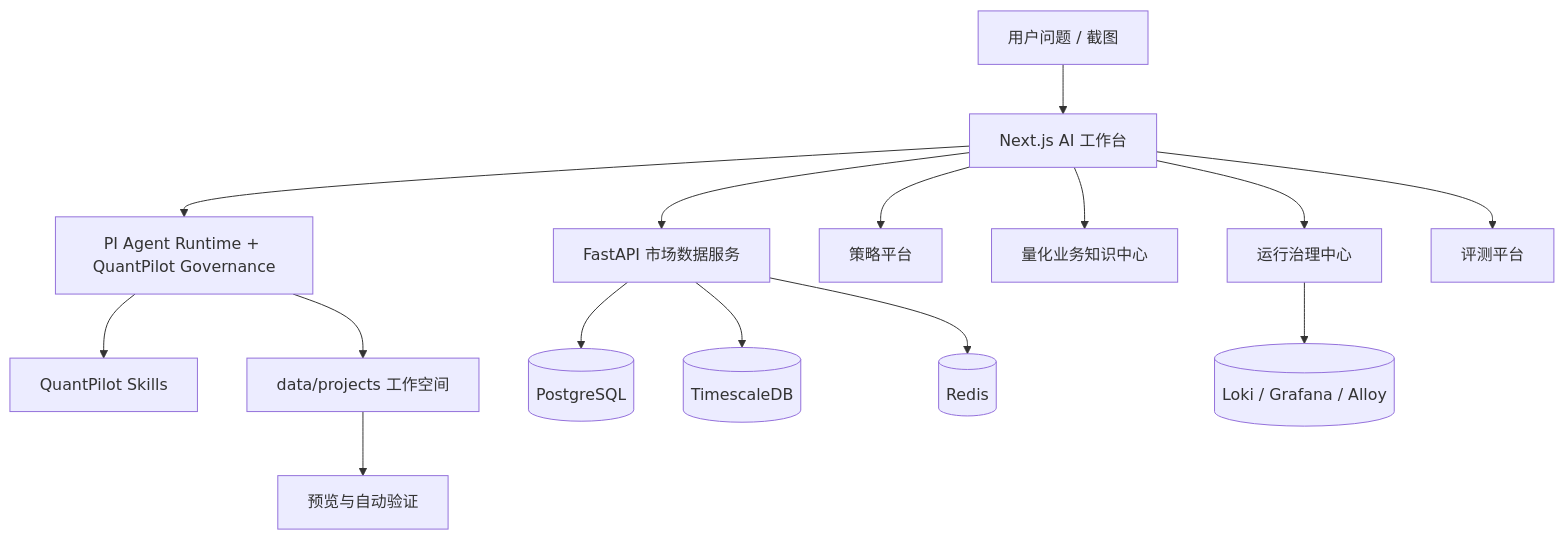
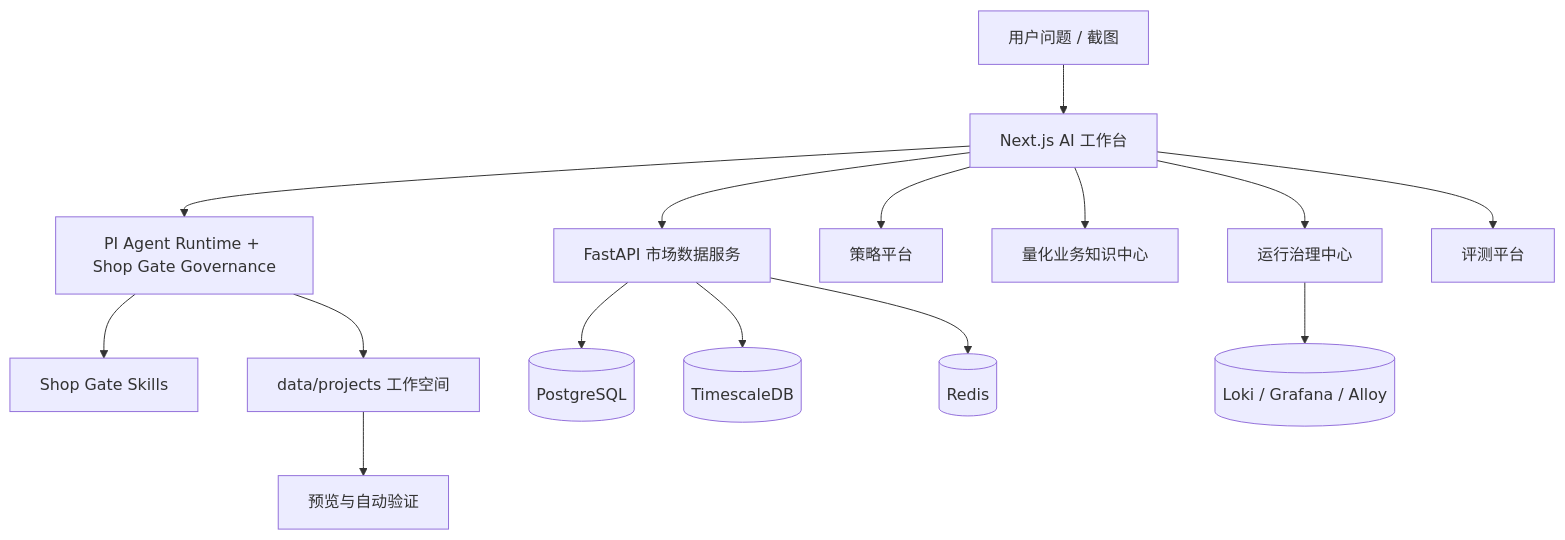
Before and after one commit to betterkite/shop-gate: the diagram in docs/README.md, drawn with Mermaid. The commit also changed other lines of this file and 448 other files, not shown here.

````diff
--- a/docs/README.md
+++ b/docs/README.md
@@ -95,17 +95,17 @@
 ```mermaid
 flowchart TB
   U[用户问题 / 截图] --> W[Next.js AI 工作台]
-  W --> R[PI Agent Runtime + QuantPilot Governance]
-  R --> SK[QuantPilot Skills]
+  W --> R[PI Agent Runtime + Shop Gate Governance]
+  R --> SK[Shop Gate Skills]
   W --> MD[FastAPI 市场数据服务]
   MD --> PG[(PostgreSQL)]
   MD --> TS[(TimescaleDB)]
   MD --> RD[(Redis)]
   OP --> LK[(Loki / Grafana / Alloy)]
   R --> WS[data/projects 工作空间]
   WS --> V[预览与自动验证]
   W --> SP[策略平台]
   W --> DP[量化业务知识中心]
   W --> OP[运行治理中心]
   W --> EP[评测平台]
 ```
````
